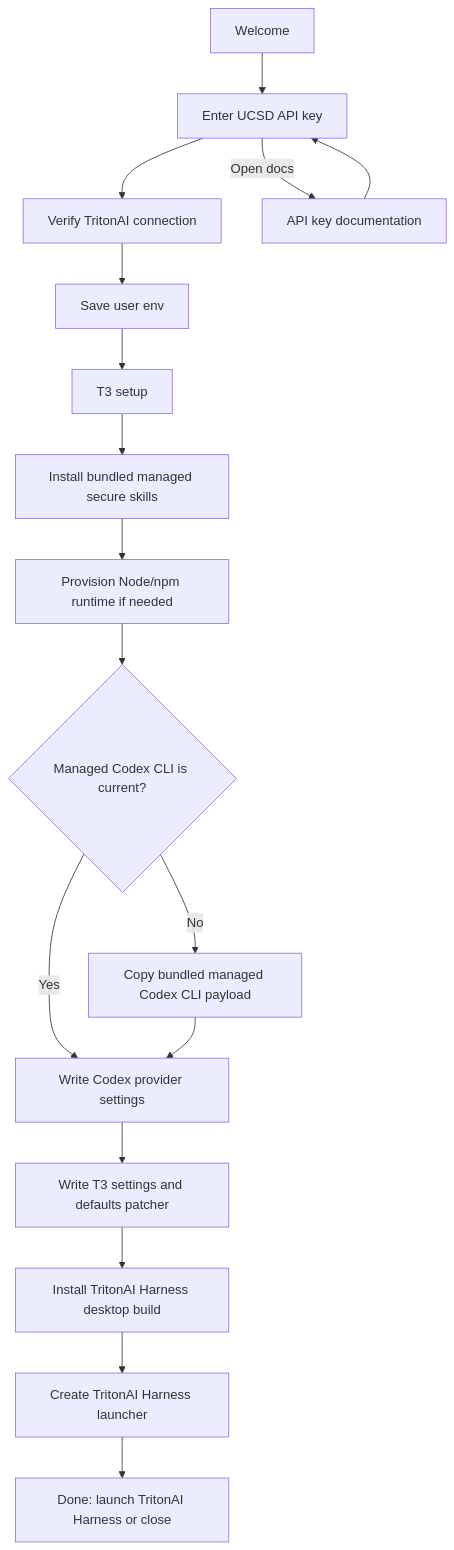
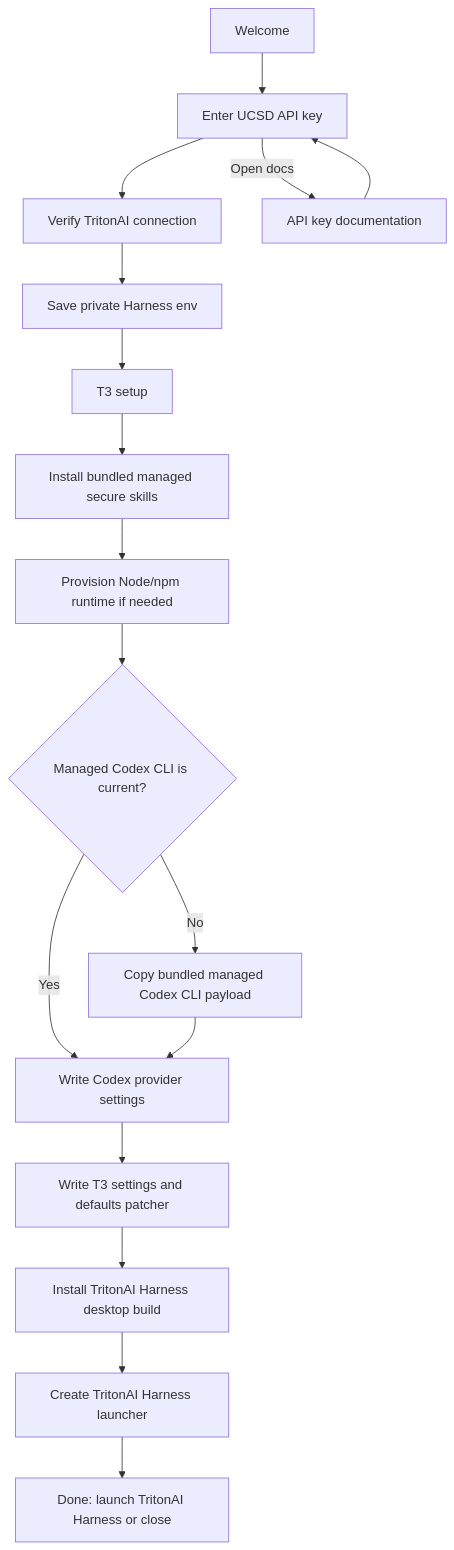
The diagram in docs/architecture.md (dbalders/TritonAI-Installer), drawn with Mermaid before and after one commit. The commit also changed other lines of this file and 5 other files, not shown here.

Commit message:
Isolate Harness environment from user Codex

````diff
--- a/docs/architecture.md
+++ b/docs/architecture.md
@@ -9,19 +9,19 @@
 ```mermaid
 flowchart TD
   A["Welcome"] --> B["Enter UCSD API key"]
   B --> V["Verify TritonAI connection"]
   B -->|"Open docs"| D["API key documentation"]
-  V --> C["Save user env"]
+  V --> C["Save private Harness env"]
   D --> B
   C --> E["T3 setup"]
   E --> S["Install bundled managed secure skills"]
   S --> F["Provision Node/npm runtime if needed"]
   F --> G{"Managed Codex CLI is current?"}
   G -->|"Yes"| J["Write Codex provider settings"]
   G -->|"No"| I["Copy bundled managed Codex CLI payload"]
   I --> J
   J --> K["Write T3 settings and defaults patcher"]
   K --> L["Install TritonAI Harness desktop build"]
   L --> M["Create TritonAI Harness launcher"]
   M --> N["Done: launch TritonAI Harness or close"]
 ```
````
